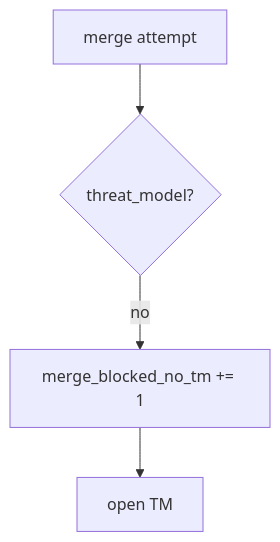
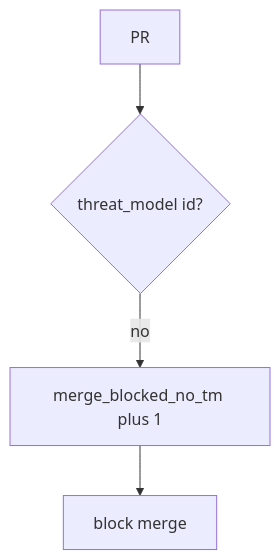
The diagram in content/modules/10/10.1/lessons/06-operate.md (ishitvagoel/LearnSecurity), drawn with Mermaid before and after one commit. The commit also changed other lines of this file and 28 other files, not shown here.

````diff
--- a/content/modules/10/10.1/lessons/06-operate.md
+++ b/content/modules/10/10.1/lessons/06-operate.md
@@ -13,6 +13,6 @@
 ```mermaid
 flowchart TD
-  Merge[merge attempt] --> Tm{threat_model?}
-  Tm -->|no| Metric["merge_blocked_no_tm += 1"]
-  Metric --> Open[open TM]
+  Pr[PR] --> Tm{threat_model id?}
+  Tm -->|no| Metric["merge_blocked_no_tm plus 1"]
+  Metric --> Stop[block merge]
 ```
````
